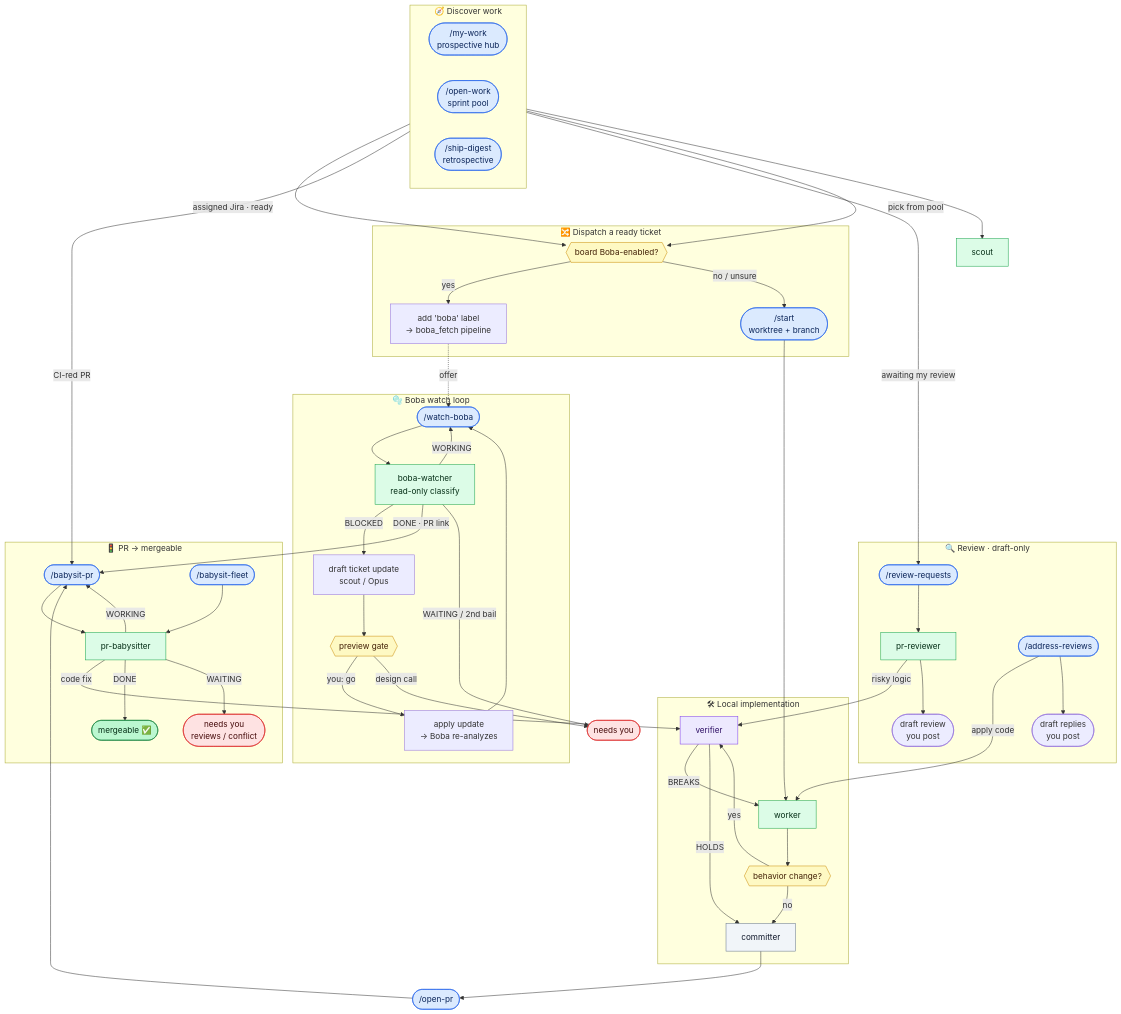
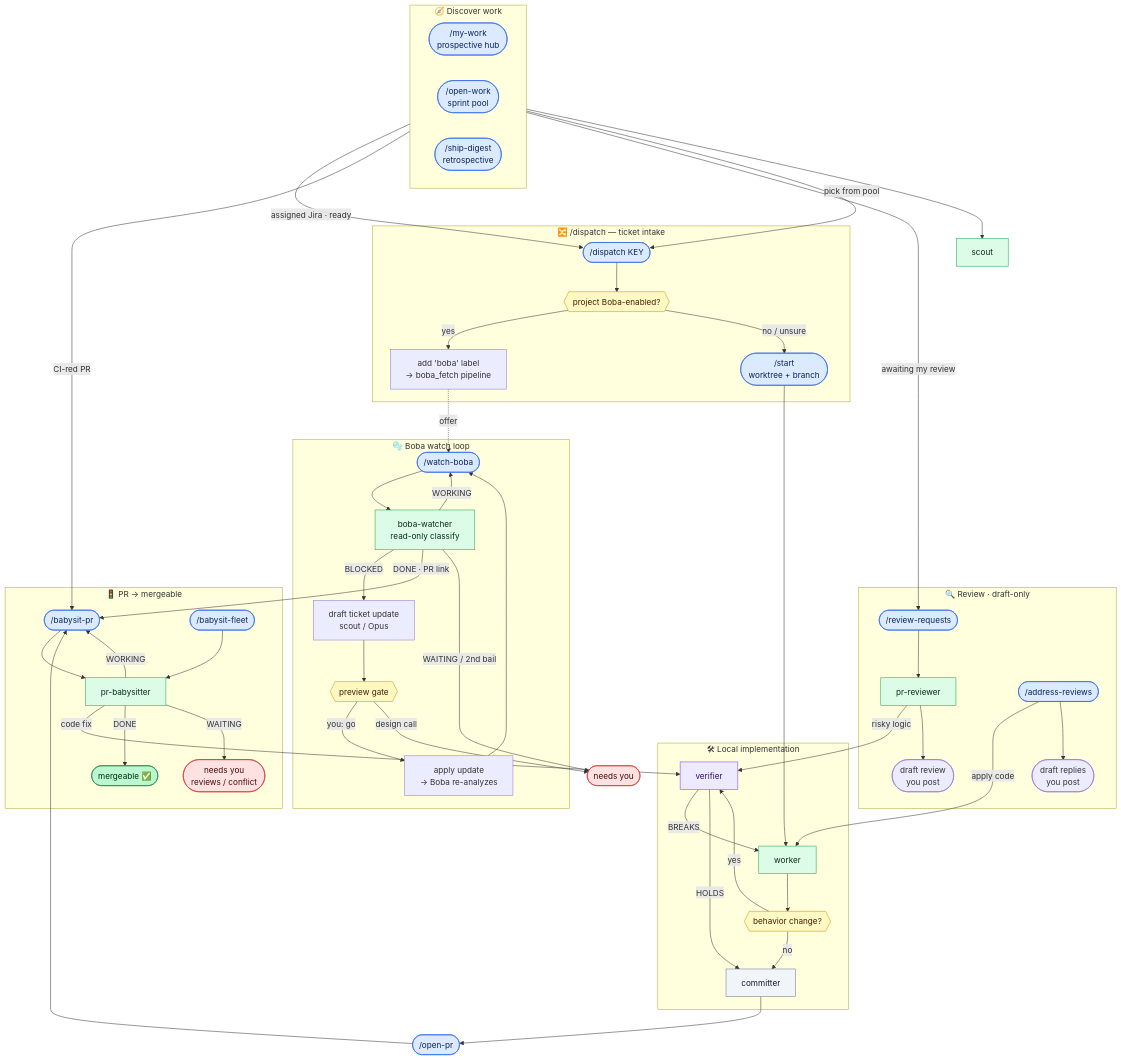
One commit to timopruesse/.dotfiles changed the diagram in WORKFLOWS.md. Above: the diagram before and after it, drawn with Mermaid. The commit also changed other lines of this file and 9 other files, not shown here.

```diff
--- a/WORKFLOWS.md
+++ b/WORKFLOWS.md
@@ -16,8 +16,9 @@
         SD(["/ship-digest<br/>retrospective"])
     end
 
-    subgraph dispatch["🔀 Dispatch a ready ticket"]
-        DISP{{"board Boba-enabled?"}}
+    subgraph dispatch["🔀 /dispatch — ticket intake"]
+        DSP(["/dispatch KEY"])
+        DISP{{"project Boba-enabled?"}}
         LBL["add 'boba' label<br/>→ boba_fetch pipeline"]
         ST(["/start<br/>worktree + branch"])
     end
@@ -58,12 +59,13 @@
     HUM1(["needs you"])
 
     %% ---------- edges ----------
-    MW -->|"assigned Jira · ready"| DISP
+    MW -->|"assigned Jira · ready"| DSP
     MW -->|"CI-red PR"| BP
     MW -->|"awaiting my review"| RR
-    OW -->|"pick from pool"| DISP
+    OW -->|"pick from pool"| DSP
     SD --> SCOUT
 
+    DSP --> DISP
     DISP -->|"yes"| LBL
     DISP -->|"no / unsure"| ST
     LBL -. "offer" .-> WB
@@ -109,7 +111,7 @@
     classDef human   fill:#fee2e2,stroke:#dc2626,color:#450a0a;
     classDef done    fill:#bbf7d0,stroke:#15803d,color:#052e16;
 
-    class MW,OW,SD,WB,ST,OP,BP,FL,RR,AR command;
+    class MW,OW,SD,WB,DSP,ST,OP,BP,FL,RR,AR command;
     class SCOUT,BW,WK,PRB,PRR sonnet;
     class VER opus;
     class CM haiku;
```
